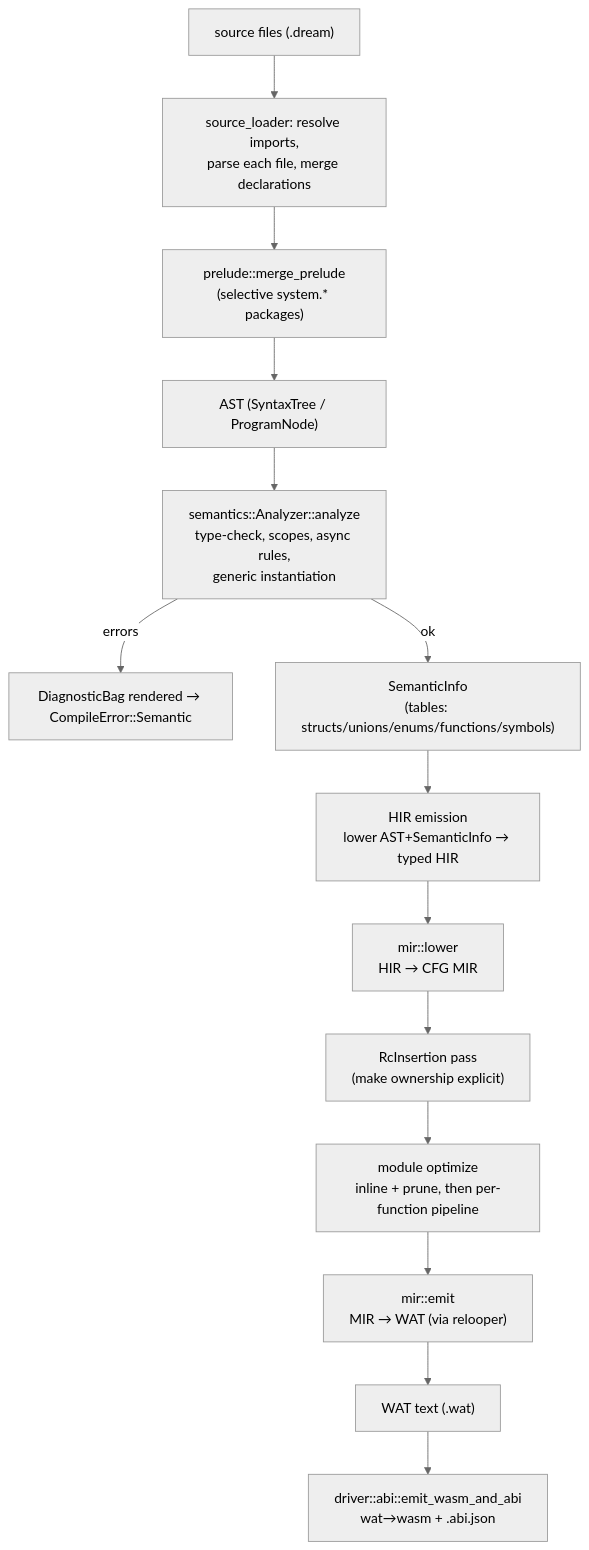
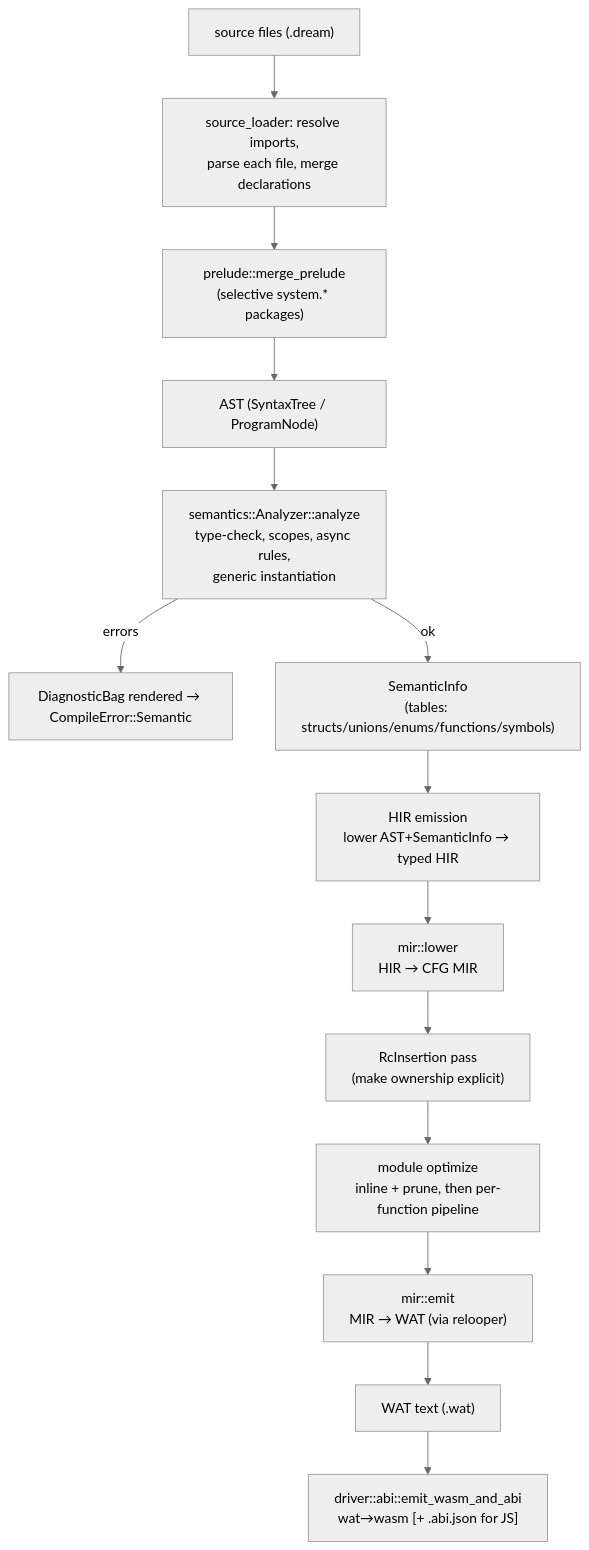
Before and after one commit to sps014/Dream: the first of 2 diagrams in docs/compiler/01-pipeline-overview.md, drawn with Mermaid (neutral theme). The commit also changed 14 other files, not shown here.

````diff
--- a/docs/compiler/01-pipeline-overview.md
+++ b/docs/compiler/01-pipeline-overview.md
@@ -7,20 +7,20 @@
 ```mermaid
 flowchart TD
     src["source files (.dream)"]
     src --> load["source_loader: resolve imports,\nparse each file, merge declarations"]
     load --> prelude["prelude::merge_prelude\n(selective system.* packages)"]
     prelude --> ast["AST (SyntaxTree / ProgramNode)"]
 
     ast --> analyze["semantics::Analyzer::analyze\ntype-check, scopes, async rules,\ngeneric instantiation"]
     analyze -->|errors| diag["DiagnosticBag rendered → CompileError::Semantic"]
     analyze -->|ok| info["SemanticInfo\n(tables: structs/unions/enums/functions/symbols)"]
 
     info --> hir["HIR emission\nlower AST+SemanticInfo → typed HIR"]
     hir --> mir["mir::lower\nHIR → CFG MIR"]
     mir --> rc["RcInsertion pass\n(make ownership explicit)"]
     rc --> opt["module optimize\ninline + prune, then per-function pipeline"]
     opt --> emit["mir::emit\nMIR → WAT (via relooper)"]
 
     emit --> wat["WAT text (.wat)"]
-    wat --> abi["driver::abi::emit_wasm_and_abi\nwat→wasm + .abi.json"]
+    wat --> abi["driver::abi::emit_wasm_and_abi\nwat→wasm [+ .abi.json for JS]"]
 ```
````
